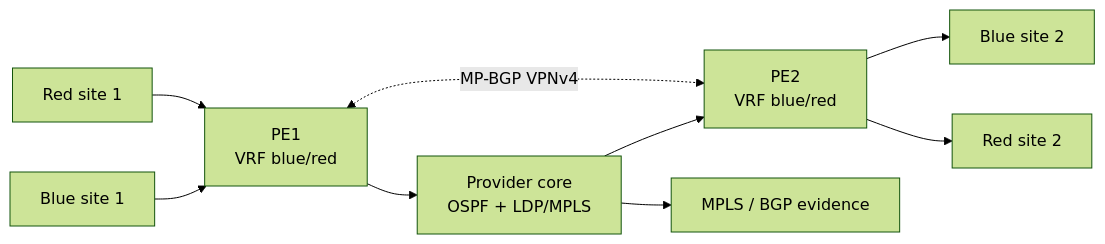
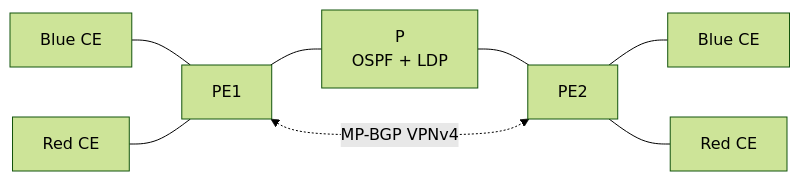
One commit to jorgeflmendes/bgp-mpls-l3vpn-lab changed the diagram in README.md. Above: the diagram before and after it, drawn with Mermaid (forest theme). The commit also changed other lines of this file and 10 other files, not shown here.

````diff
--- a/README.md
+++ b/README.md
@@ -33,10 +19,7 @@
 ```mermaid
 flowchart LR
-BLUE1["Blue site 1"] --> PE1["PE1\nVRF blue/red"]
-RED1["Red site 1"] --> PE1
-PE1 --> P["Provider core\nOSPF + LDP/MPLS"] --> PE2["PE2\nVRF blue/red"]
-PE2 --> BLUE2["Blue site 2"]
-PE2 --> RED2["Red site 2"]
-PE1 <-. MP-BGP VPNv4 .-> PE2
-P --> EVIDENCE["MPLS / BGP evidence"]
+BLUE1["Blue CE"] --- PE1["PE1"] --- P["P\nOSPF + LDP"] --- PE2["PE2"] --- BLUE2["Blue CE"]
+RED1["Red CE"] --- PE1
+PE2 --- RED2["Red CE"]
+PE1 <-. "MP-BGP VPNv4" .-> PE2
 ```
````
